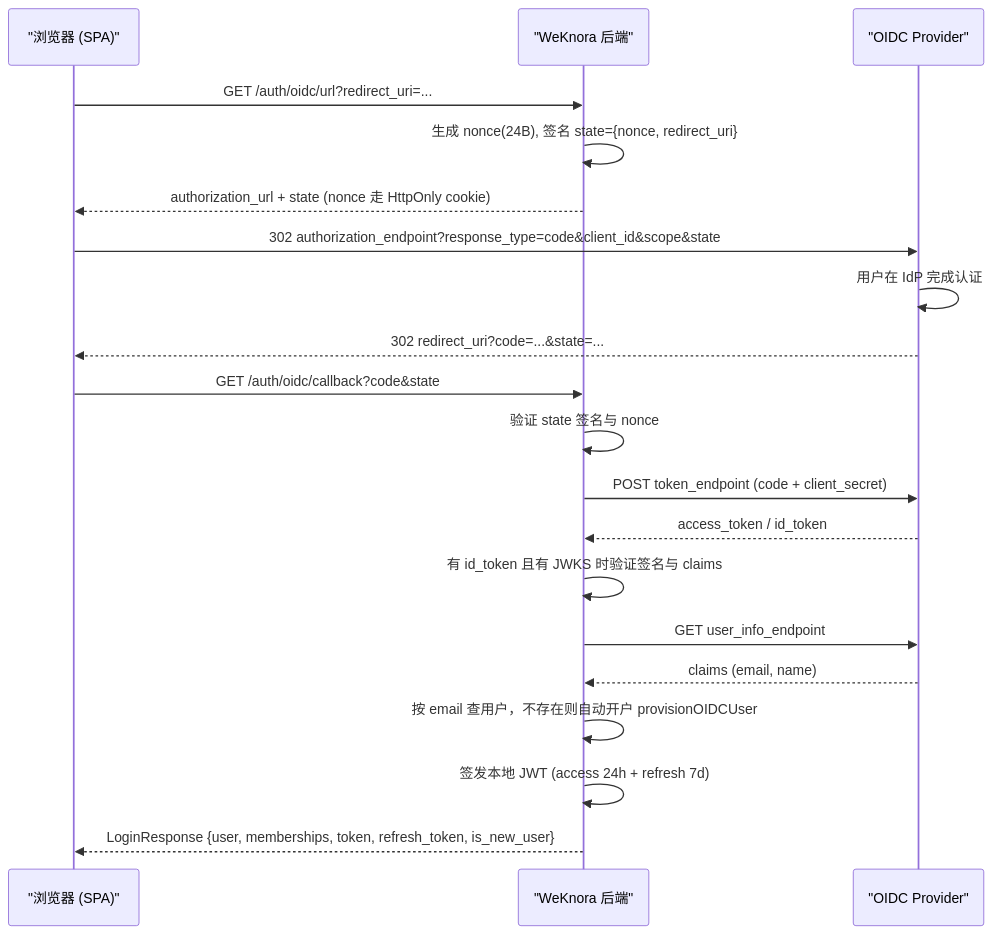
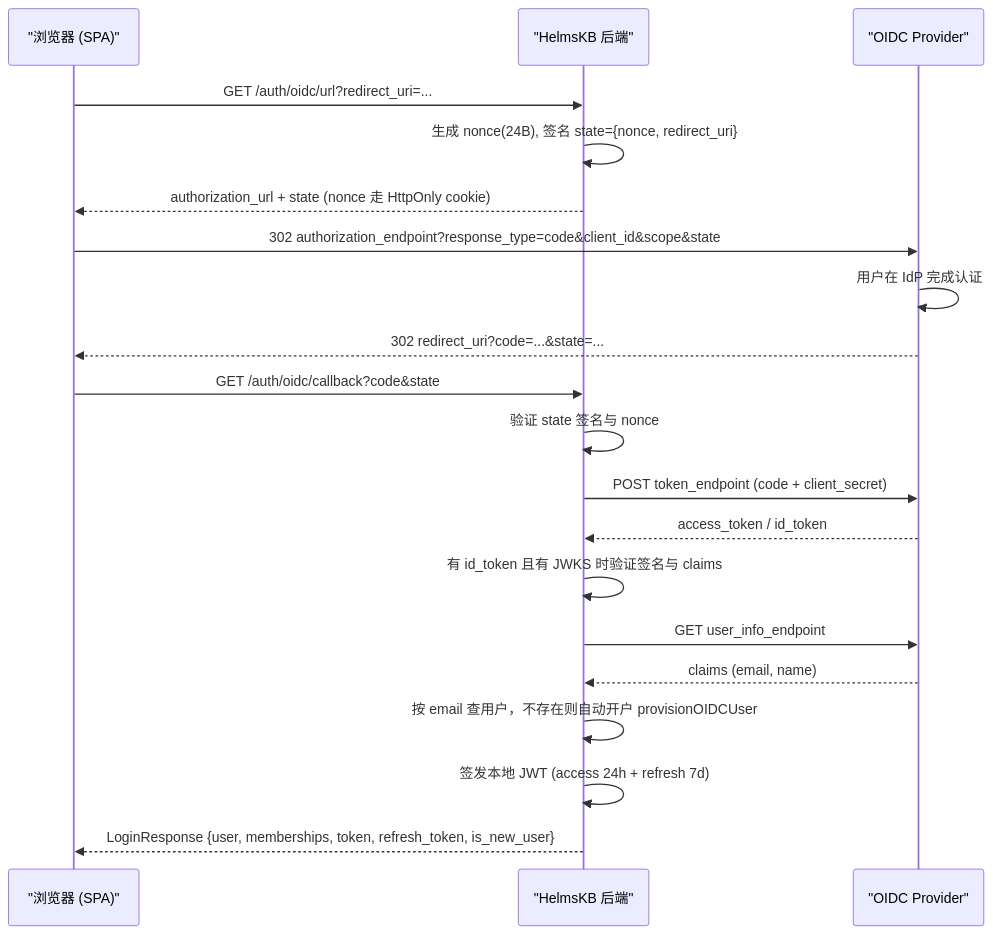
One commit to raylu798-art/HelmsKB changed the third of 3 diagrams in website-docs/03-features/01-tenant-auth.md. Above: the diagram before and after it, drawn with Mermaid. The commit also changed other lines of this file and 50 other files, not shown here.

````diff
--- a/website-docs/03-features/01-tenant-auth.md
+++ b/website-docs/03-features/01-tenant-auth.md
@@ -457,22 +457,22 @@
 ```mermaid
 sequenceDiagram
     participant B as "浏览器 (SPA)"
-    participant W as "WeKnora 后端"
+    participant W as "HelmsKB 后端"
     participant IdP as "OIDC Provider"
     B->>W: GET /auth/oidc/url?redirect_uri=...
     W->>W: 生成 nonce(24B), 签名 state={nonce, redirect_uri}
     W-->>B: authorization_url + state (nonce 走 HttpOnly cookie)
     B->>IdP: 302 authorization_endpoint?response_type=code&client_id&scope&state
     IdP->>IdP: 用户在 IdP 完成认证
     IdP-->>B: 302 redirect_uri?code=...&state=...
     B->>W: GET /auth/oidc/callback?code&state
     W->>W: 验证 state 签名与 nonce
     W->>IdP: POST token_endpoint (code + client_secret)
     IdP-->>W: access_token / id_token
     W->>W: 有 id_token 且有 JWKS 时验证签名与 claims
     W->>IdP: GET user_info_endpoint
     IdP-->>W: claims (email, name)
     W->>W: 按 email 查用户，不存在则自动开户 provisionOIDCUser
     W->>W: 签发本地 JWT (access 24h + refresh 7d)
     W-->>B: LoginResponse {user, memberships, token, refresh_token, is_new_user}
 ```
````
